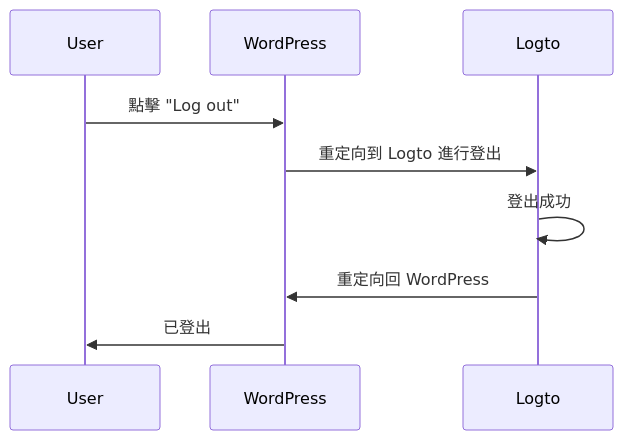
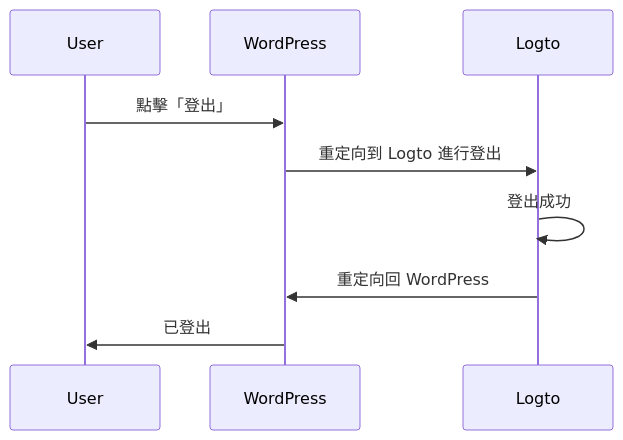
One commit to logto-io/docs changed the second of 2 diagrams in i18n/zh-TW/docusaurus-plugin-content-docs/current/quick-starts/framework/wordpress-plugin/_integration.mdx. Above: the diagram before and after it, drawn with Mermaid. The commit also changed other lines of this file and 407 other files, not shown here.

````diff
--- a/i18n/zh-TW/docusaurus-plugin-content-docs/current/quick-starts/framework/wordpress-plugin/_integration.mdx
+++ b/i18n/zh-TW/docusaurus-plugin-content-docs/current/quick-starts/framework/wordpress-plugin/_integration.mdx
@@ -78,12 +72,12 @@
 ```mermaid
 sequenceDiagram
     participant User
     participant WordPress
     participant Logto
 
-    User->>WordPress: 點擊 "Log out"
+    User->>WordPress: 點擊「登出」
     WordPress->>Logto: 重定向到 Logto 進行登出
     Logto->>Logto: 登出成功
     Logto->>WordPress: 重定向回 WordPress
     WordPress->>User: 已登出
 ```
````
